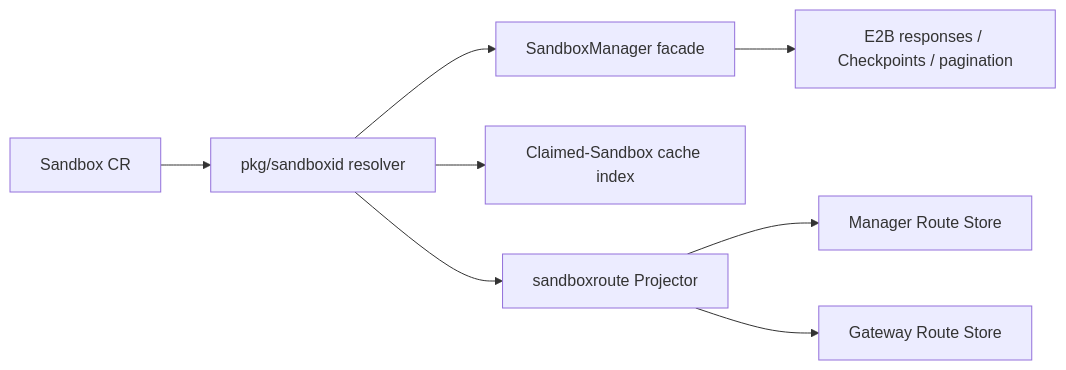
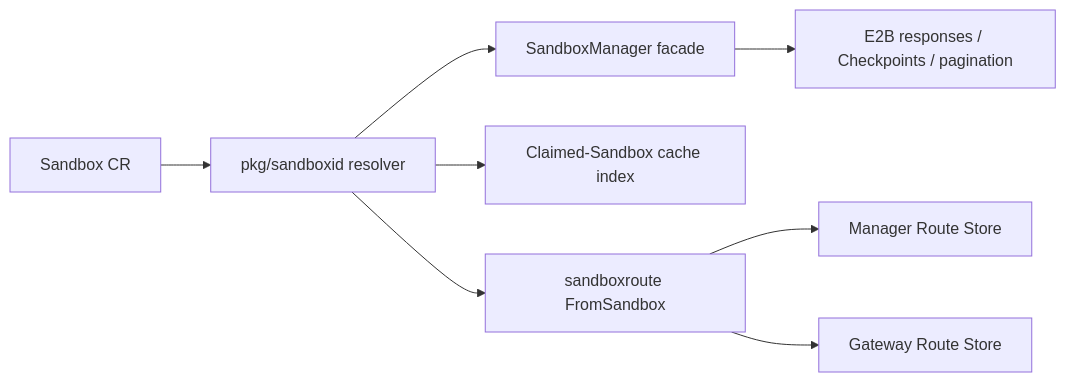
The third of 3 diagrams in docs/proposals/20260711-short-sandbox-id.md (openkruise/agents), drawn with Mermaid before and after one commit. The commit also changed other lines of this file and 42 other files, not shown here.

````diff
--- a/docs/proposals/20260711-short-sandbox-id.md
+++ b/docs/proposals/20260711-short-sandbox-id.md
@@ -267,10 +267,10 @@
 ```mermaid
 flowchart LR
     S[Sandbox CR] --> R[pkg/sandboxid resolver]
     R --> M[SandboxManager facade]
     R --> C[Claimed-Sandbox cache index]
-    R --> P[sandboxroute Projector]
+    R --> P[sandboxroute FromSandbox]
     M --> E[E2B responses / Checkpoints / pagination]
     P --> MS[Manager Route Store]
     P --> GS[Gateway Route Store]
 ```
````
